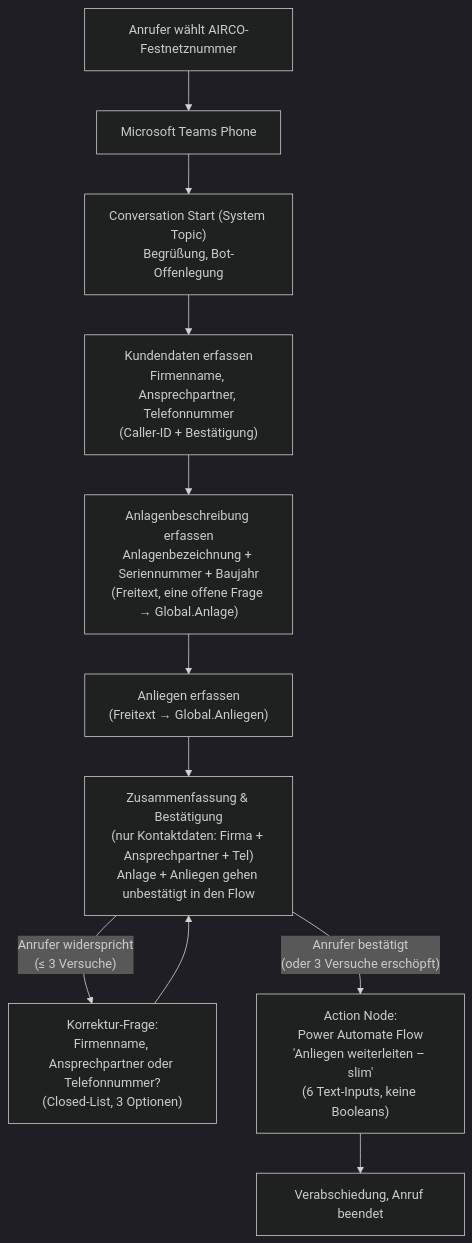
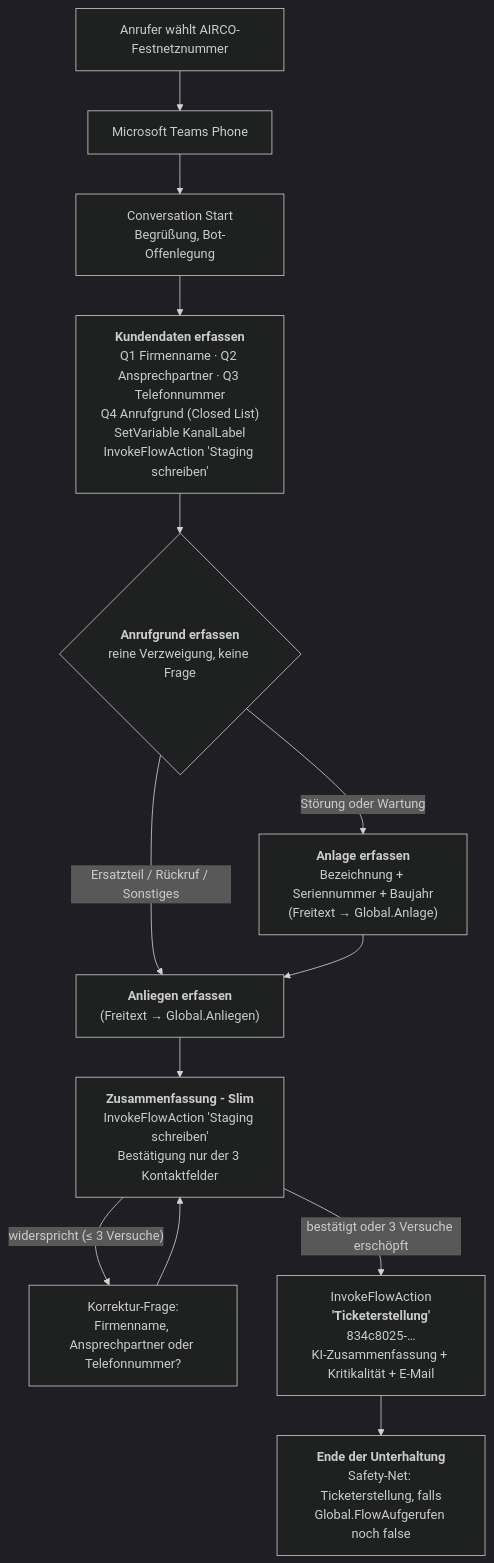
The first of 5 diagrams in Architektur.md (mdouk/AIRCO_Telefonbot), drawn with Mermaid (dark theme) before and after one commit. The commit also changed other lines of this file and 37 other files, not shown here.

````diff
--- a/Architektur.md
+++ b/Architektur.md
@@ -210,15 +210,17 @@
 ```mermaid
 flowchart TD
     Anruf["Anrufer wählt AIRCO-Festnetznummer"] --> Teams["Microsoft Teams Phone"]
-    Teams --> Start["Conversation Start (System Topic)<br/>Begrüßung, Bot-Offenlegung"]
-    Start --> Kunde["Kundendaten erfassen<br/>Firmenname, Ansprechpartner, Telefonnummer<br/>(Caller-ID + Bestätigung)"]
-    Kunde --> Anlage["Anlagenbeschreibung erfassen<br/>Anlagenbezeichnung + Seriennummer + Baujahr<br/>(Freitext, eine offene Frage → Global.Anlage)"]
-    Anlage --> Anliegen["Anliegen erfassen<br/>(Freitext → Global.Anliegen)"]
-    Anliegen --> Summe["Zusammenfassung & Bestätigung<br/>(nur Kontaktdaten: Firma + Ansprechpartner + Tel)<br/>Anlage + Anliegen gehen unbestätigt in den Flow"]
+    Teams --> Start["Conversation Start<br/>Begrüßung, Bot-Offenlegung"]
+    Start --> Kunde["<b>Kundendaten erfassen</b><br/>Q1 Firmenname · Q2 Ansprechpartner · Q3 Telefonnummer<br/>Q4 Anrufgrund (Closed List)<br/>SetVariable KanalLabel<br/>InvokeFlowAction 'Staging schreiben'"]
+    Kunde --> Grund{"<b>Anrufgrund erfassen</b><br/>reine Verzweigung, keine Frage"}
+    Grund -->|"Störung oder Wartung"| Anlage["<b>Anlage erfassen</b><br/>Bezeichnung + Seriennummer + Baujahr<br/>(Freitext → Global.Anlage)"]
+    Grund -->|"Ersatzteil / Rückruf / Sonstiges"| Anliegen
+    Anlage --> Anliegen["<b>Anliegen erfassen</b><br/>(Freitext → Global.Anliegen)"]
+    Anliegen --> Summe["<b>Zusammenfassung - Slim</b><br/>InvokeFlowAction 'Staging schreiben'<br/>Bestätigung nur der 3 Kontaktfelder"]
 
-    Summe -->|"Anrufer widerspricht<br/>(≤ 3 Versuche)"| Korrektur["Korrektur-Frage:<br/>Firmenname, Ansprechpartner oder Telefonnummer?<br/>(Closed-List, 3 Optionen)"]
+    Summe -->|"widerspricht (≤ 3 Versuche)"| Korrektur["Korrektur-Frage:<br/>Firmenname, Ansprechpartner oder Telefonnummer?"]
     Korrektur --> Summe
-    Summe -->|"Anrufer bestätigt<br/>(oder 3 Versuche erschöpft)"| Flow["Action Node:<br/>Power Automate Flow<br/>'Anliegen weiterleiten – slim'<br/>(6 Text-Inputs, keine Booleans)"]
+    Summe -->|"bestätigt oder 3 Versuche erschöpft"| Ticket["InvokeFlowAction<br/><b>'Ticketerstellung'</b><br/>834c8025-…<br/>KI-Zusammenfassung + Kritikalität + E-Mail"]
 
-    Flow --> Ende["Verabschiedung, Anruf beendet"]
+    Ticket --> Ende["<b>Ende der Unterhaltung</b><br/>Safety-Net: Ticketerstellung, falls<br/>Global.FlowAufgerufen noch false"]
 ```
````
